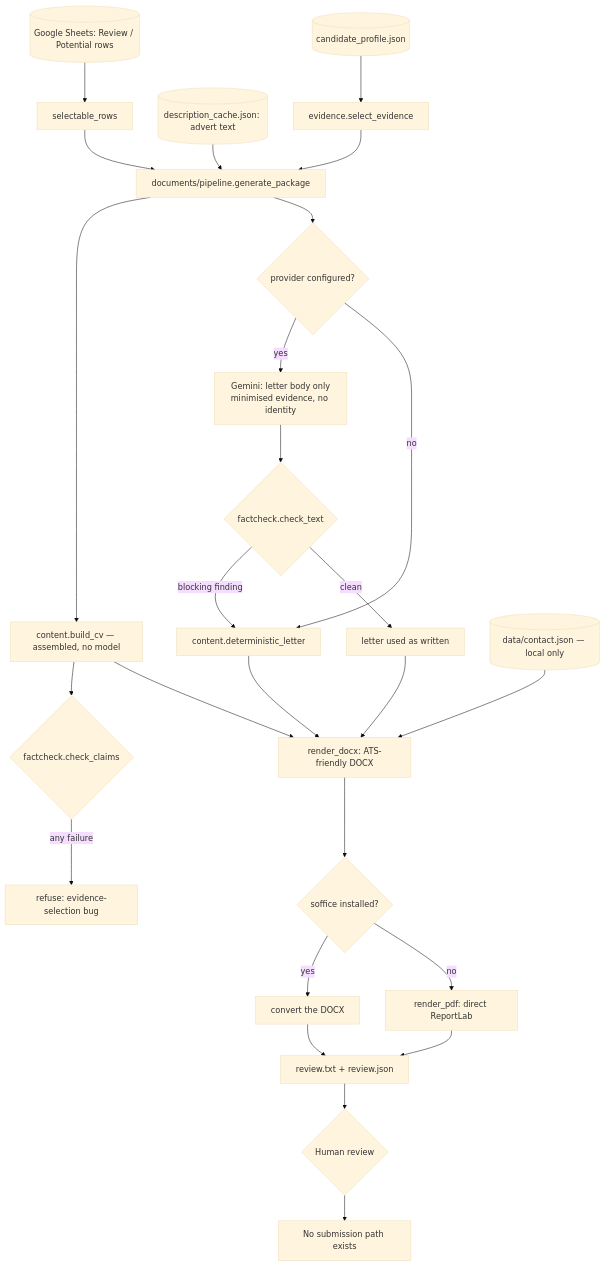
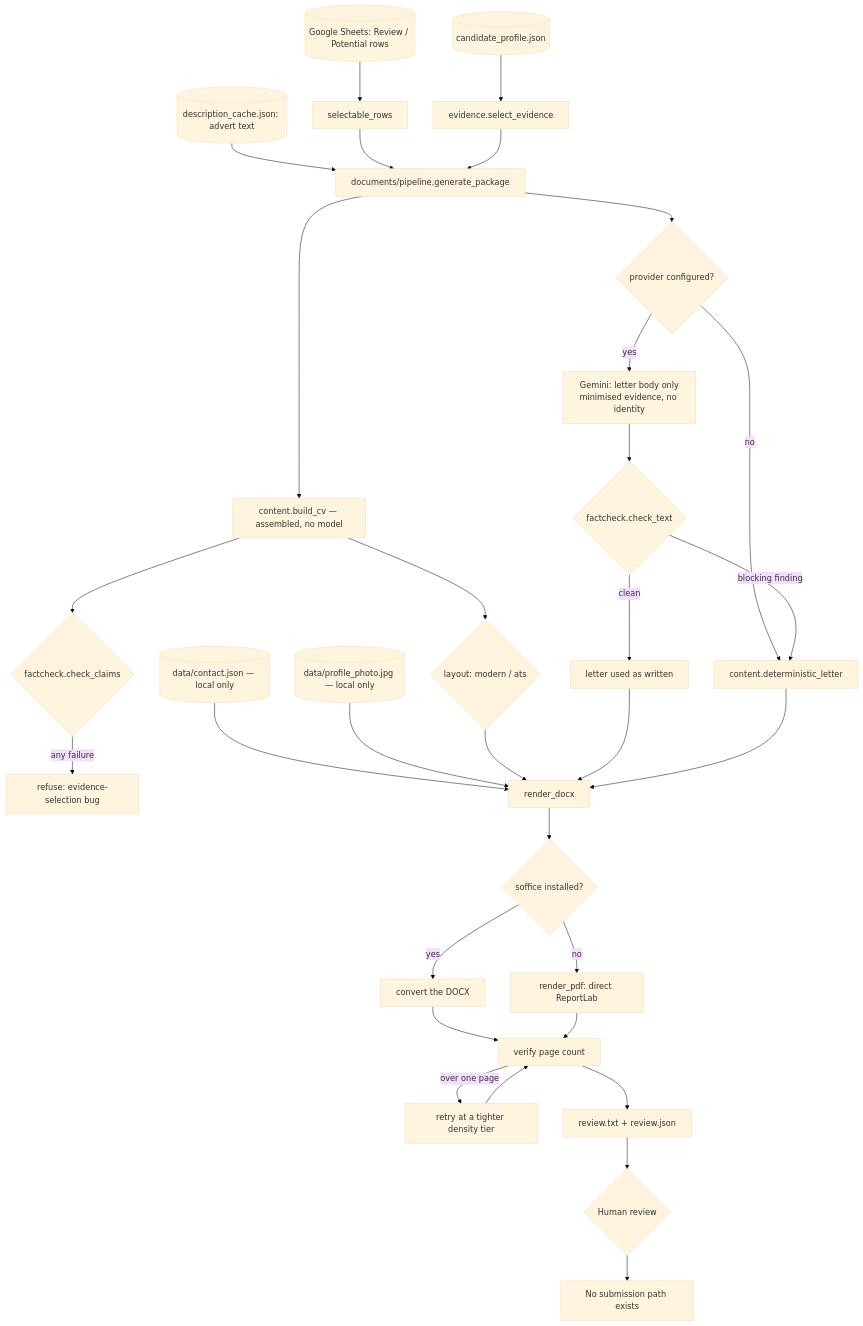
One commit to Aslan1989/job-application-agent changed the diagram in docs/APPLICATION_DOCUMENTS.md. Above: the diagram before and after it, drawn with Mermaid (base theme). The commit also changed other lines of this file and 8 other files, not shown here.

````diff
--- a/docs/APPLICATION_DOCUMENTS.md
+++ b/docs/APPLICATION_DOCUMENTS.md
@@ -9,28 +9,33 @@
 ```mermaid
 flowchart TD
   SHEET[(Google Sheets: Review / Potential rows)] --> SEL[selectable_rows]
   CACHE[(description_cache.json: advert text)] --> PIPE
   SEL --> PIPE[documents/pipeline.generate_package]
   PROF[(candidate_profile.json)] --> EV[evidence.select_evidence]
   EV --> PIPE
   PIPE --> CV[content.build_cv — assembled, no model]
   PIPE --> ASK{provider configured?}
   ASK -->|yes| LLM[Gemini: letter body only<br/>minimised evidence, no identity]
   ASK -->|no| TPL[content.deterministic_letter]
   LLM --> FC{factcheck.check_text}
   FC -->|blocking finding| TPL
   FC -->|clean| USE[letter used as written]
   CV --> FCC{factcheck.check_claims}
   FCC -->|any failure| STOP[refuse: evidence-selection bug]
   CONTACT[(data/contact.json — local only)] --> DOCX
-  CV --> DOCX[render_docx: ATS-friendly DOCX]
+  PHOTO[(data/profile_photo.jpg — local only)] --> DOCX
+  CV --> STYLE{layout: modern / ats}
+  STYLE --> DOCX[render_docx]
   USE --> DOCX
   TPL --> DOCX
   DOCX --> PDF{soffice installed?}
   PDF -->|yes| CONV[convert the DOCX]
   PDF -->|no| DIRECT[render_pdf: direct ReportLab]
-  CONV --> REVIEW[review.txt + review.json]
-  DIRECT --> REVIEW
+  CONV --> PAGES[verify page count]
+  DIRECT --> PAGES
+  PAGES -->|over one page| TIER[retry at a tighter density tier]
+  TIER --> PAGES
+  PAGES --> REVIEW[review.txt + review.json]
   REVIEW --> HUMAN{Human review}
   HUMAN --> NOSUB[No submission path exists]
 ```
````
